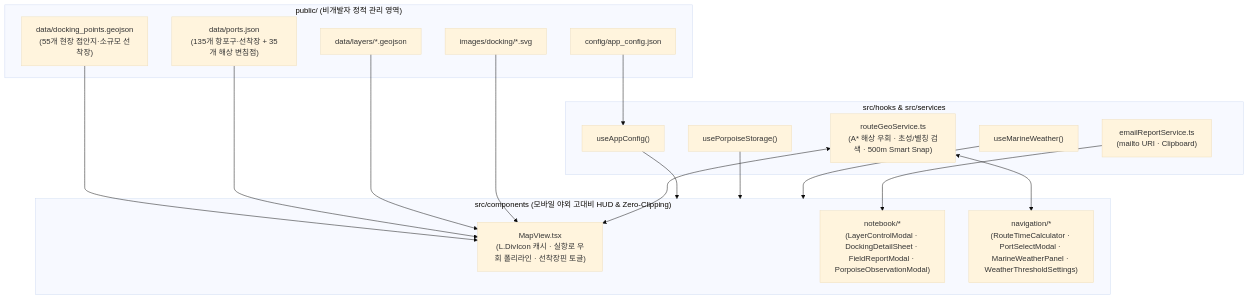
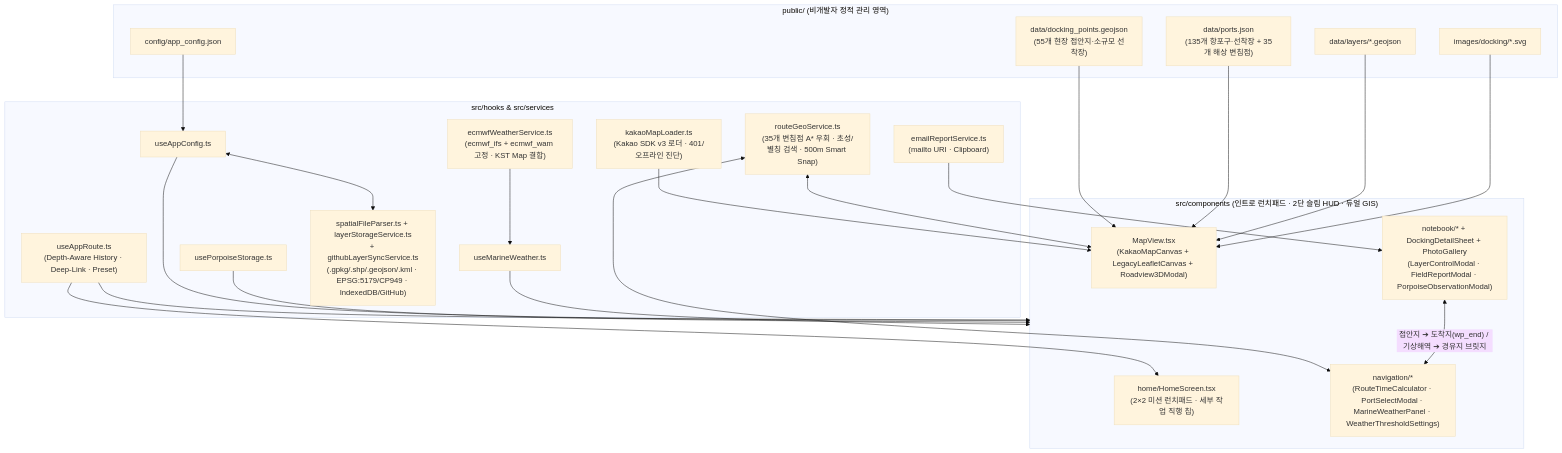
The diagram in docs/ARCHITECTURE_AND_DESIGN.md (gunnysis/bada-kkomkkomi), drawn with Mermaid (base theme) before and after one commit. The commit also changed other lines of this file and 45 other files, not shown here.

````diff
--- a/docs/ARCHITECTURE_AND_DESIGN.md
+++ b/docs/ARCHITECTURE_AND_DESIGN.md
@@ -30,31 +38,41 @@
 ```mermaid
 flowchart TD
     subgraph StaticFiles["public/ (비개발자 정적 관리 영역)"]
         CFG["config/app_config.json"]
         DP["data/docking_points.geojson\n(55개 현장 접안지·소규모 선착장)"]
         PORTS["data/ports.json\n(135개 항포구·선착장 + 35개 해상 변침점)"]
         LYR["data/layers/*.geojson"]
         IMG["images/docking/*.svg"]
     end
 
     subgraph HooksAndServices["src/hooks & src/services"]
-        H_CFG["useAppConfig()"]
-        H_PORP["usePorpoiseStorage()"]
-        H_WTH["useMarineWeather()"]
-        S_GEO["routeGeoService.ts\n(A* 해상 우회 · 초성/별칭 검색 · 500m Smart Snap)"]
+        H_ROUTE["useAppRoute.ts\n(Depth-Aware History · Deep-Link · Preset)"]
+        H_CFG["useAppConfig.ts"]
+        H_PORP["usePorpoiseStorage.ts"]
+        H_WTH["useMarineWeather.ts"]
+        S_KAKAO["kakaoMapLoader.ts\n(Kakao SDK v3 로더 · 401/오프라인 진단)"]
+        S_SPATIAL["spatialFileParser.ts + layerStorageService.ts\n+ githubLayerSyncService.ts\n(.gpkg/.shp/.geojson/.kml · EPSG:5179/CP949 · IndexedDB/GitHub)"]
+        S_GEO["routeGeoService.ts\n(35개 변침점 A* 우회 · 초성/별칭 검색 · 500m Smart Snap)"]
+        S_ECMWF["ecmwfWeatherService.ts\n(ecmwf_ifs + ecmwf_wam 고정 · KST Map 결합)"]
         S_MAIL["emailReportService.ts\n(mailto URI · Clipboard)"]
     end
 
-    subgraph UI["src/components (모바일 야외 고대비 HUD & Zero-Clipping)"]
-        MAP["MapView.tsx\n(L.DivIcon 캐시 · 실항로 우회 폴리라인 · 선착장핀 토글)"]
-        NB["notebook/*\n(LayerControlModal · DockingDetailSheet · FieldReportModal · PorpoiseObservationModal)"]
+    subgraph UI["src/components (인트로 런치패드 · 2단 슬림 HUD · 듀얼 GIS)"]
+        HOME["home/HomeScreen.tsx\n(2×2 미션 런치패드 · 세부 작업 직행 칩)"]
+        MAP["MapView.tsx\n(KakaoMapCanvas + LegacyLeafletCanvas + Roadview3DModal)"]
+        NB["notebook/* + DockingDetailSheet + PhotoGallery\n(LayerControlModal · FieldReportModal · PorpoiseObservationModal)"]
         NAV["navigation/*\n(RouteTimeCalculator · PortSelectModal · MarineWeatherPanel · WeatherThresholdSettings)"]
     end
 
     CFG --> H_CFG
+    H_CFG <--> S_SPATIAL
+    S_ECMWF --> H_WTH
     DP & PORTS & LYR & IMG --> MAP
+    S_KAKAO --> MAP
+    H_ROUTE --> HOME & UI
     H_CFG & H_PORP & H_WTH --> UI
     S_GEO <--> NAV
     S_GEO <--> MAP
     S_MAIL --> NB
+    NB <-->|"접안지 ➔ 도착지(wp_end) / 기상해역 ➔ 경유지 브릿지"| NAV
 ```
````
